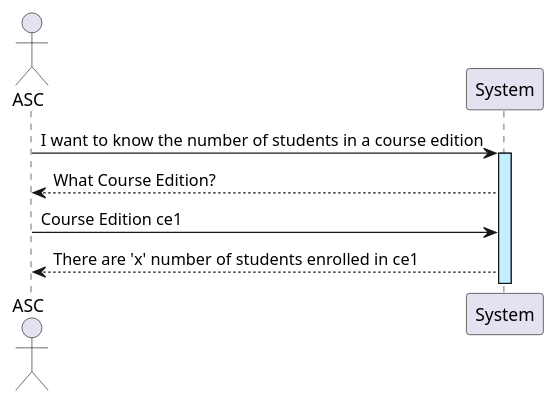
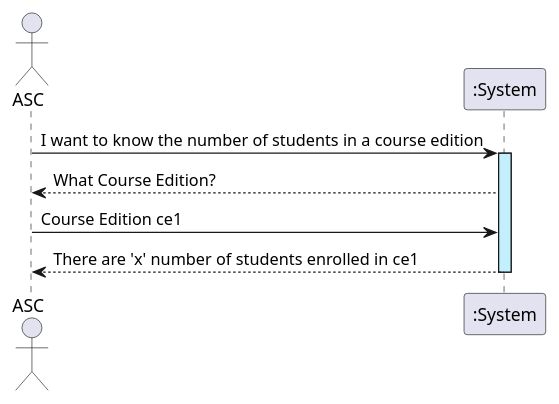
The diagram in docs/sequenceSystemDiagrams/US24/US24_IWantToKnowNumberOfStudentsEnrolledInACourseEdition.puml (GasparISEP/DevOps-PAI), drawn with PlantUML before and after one commit. The commit also changed 2 other files, not shown here.

Commit message:
Updated diagrams and controller for US24

```diff
--- a/docs/sequenceSystemDiagrams/US24/US24_IWantToKnowNumberOfStudentsEnrolledInACourseEdition.puml
+++ b/docs/sequenceSystemDiagrams/US24/US24_IWantToKnowNumberOfStudentsEnrolledInACourseEdition.puml
@@ -1,11 +1,13 @@
 @startuml
 actor ASC
+participant ":System" as System
 
 ASC -> System ++ #application: I want to know the number of students in a course edition
 System --> ASC: What Course Edition?
 ASC -> System: Course Edition ce1
 System --> ASC : There are 'x' number of students enrolled in ce1
+deactivate
 
 
 
 @enduml
```
